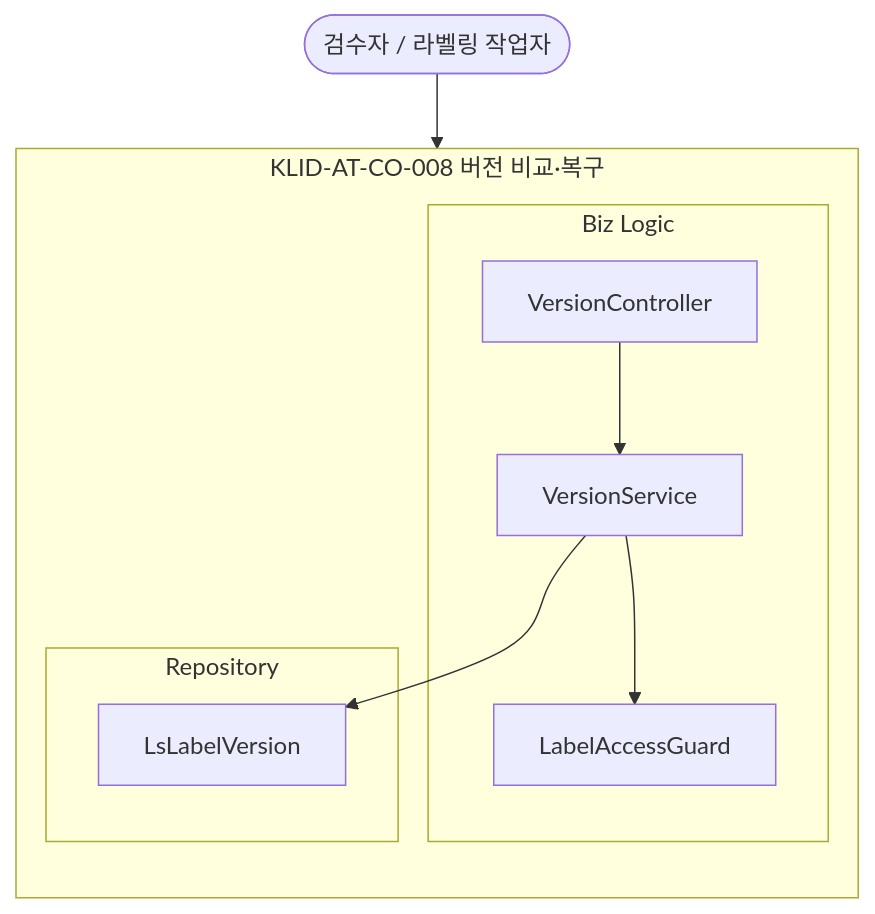
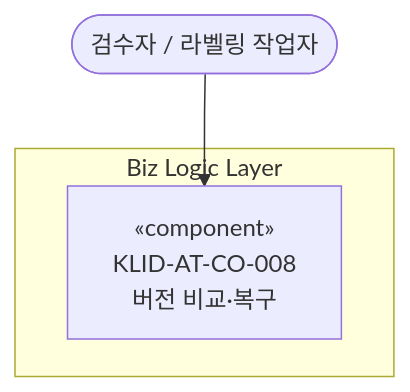
The eighth of 18 diagrams in docs/design/D3-컴포넌트설계서.md (New-stella/klid-label), drawn with Mermaid before and after one commit. The commit also changed other lines of this file and 10 other files, not shown here.

````diff
--- a/docs/design/D3-컴포넌트설계서.md
+++ b/docs/design/D3-컴포넌트설계서.md
@@ -254,19 +177,8 @@
 ```mermaid
 flowchart TD
     USER([검수자 / 라벨링 작업자])
-    subgraph CO008[KLID-AT-CO-008 버전 비교·복구]
-        direction TB
-        subgraph BIZ8[Biz Logic]
-            VCT[VersionController]
-            VS8[VersionService]
-            LAG8[LabelAccessGuard]
-        end
-        subgraph REP8[Repository]
-            LV8[LsLabelVersion]
-        end
-        VCT --> VS8
-        VS8 --> LAG8
-        VS8 --> LV8
+    subgraph BIZ8[Biz Logic Layer]
+        CO008["«component»<br/>KLID-AT-CO-008<br/>버전 비교·복구"]
     end
-    USER --> VCT
+    USER --> CO008
 ```
````
